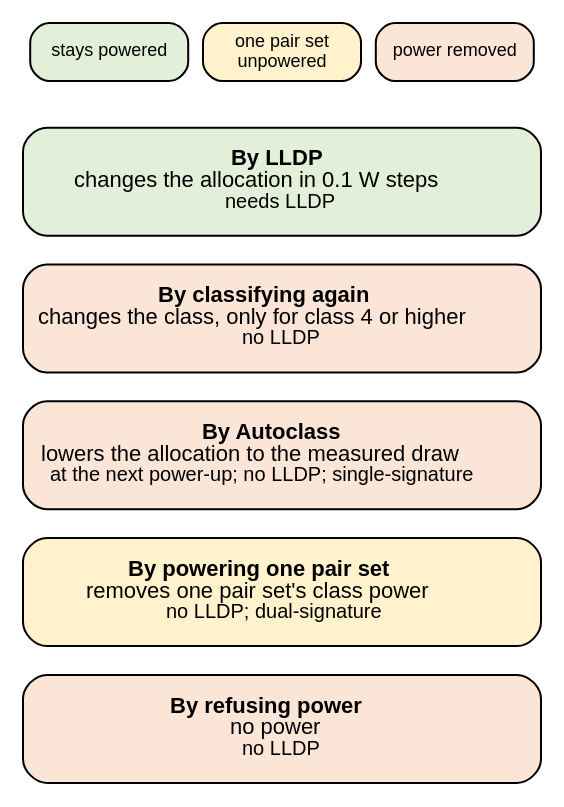
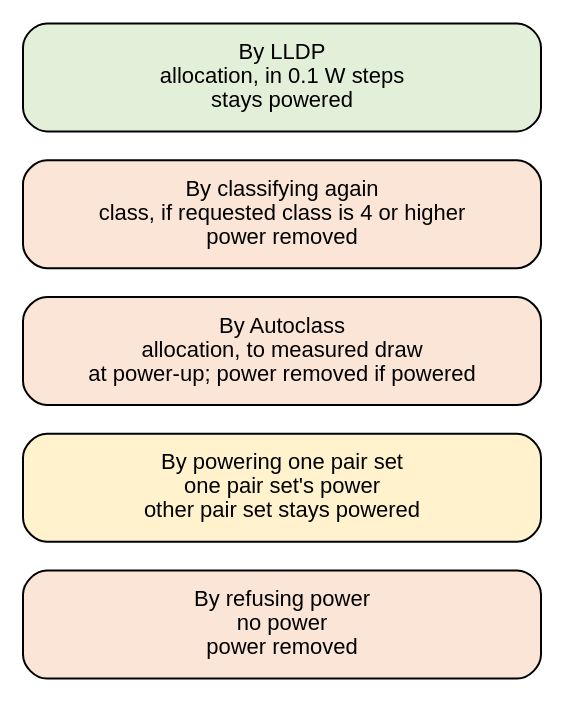
One commit to mithro/evampire changed the diagram in docs/power/poe/allocation-ways.dot. Above: the diagram before and after it, drawn with Graphviz. The commit also changed 1 other file, not shown here.

Commit message:
Correct the Autoclass entry and shorten the allocation-ways figure
Physical Layer Autoclass acts at power-up and the LLDP request keeps the
device powered. The figure now uses plain centred labels with a few
words per box. The one-pair-set paragraph cites 145.3.2, and the Type 1
sentence no longer reads as a duty to refuse.

```diff
--- a/docs/power/poe/allocation-ways.dot
+++ b/docs/power/poe/allocation-ways.dot
@@ -1,35 +1,28 @@
 // The five ways a power sourcing equipment port changes the power of a
-// powered device: what each changes, whether it removes the power, and
-// whether it needs LLDP. One box per way, stacked so that the figure stays
-// narrow enough to read on a phone, with a colour key at the top.
+// powered device: the way, what it changes, and whether the device stays
+// powered. One box per way, stacked so that the figure stays narrow enough
+// to read on a phone. Plain labels keep the three lines of each box
+// centred. The fill colour repeats the last line.
 //
 // Fill colours: stays powered #e2f0d9, one pair set unpowered #fff2cc,
 // power removed #fbe5d6.
 //
 // SPDX-License-Identifier: Apache-2.0
 
 digraph allocation_ways {
     graph [layout=neato, splines=false, overlap=true, outputorder=nodesfirst,
            fontname="Helvetica"];
     node  [shape=box, style="rounded,filled", fontname="Helvetica",
            fontsize=11, width=3.6, height=0.75, fixedsize=true];
 
-    // Colour key.
-    key_on   [pos="-1.2,0.9!", width=1.1, height=0.4, fontsize=9,
-              label="stays powered", fillcolor="#e2f0d9"];
-    key_half [pos="0.0,0.9!", width=1.1, height=0.4, fontsize=9,
-              label="one pair set\nunpowered", fillcolor="#fff2cc"];
-    key_off  [pos="1.2,0.9!", width=1.1, height=0.4, fontsize=9,
-              label="power removed", fillcolor="#fbe5d6"];
-
-    lldp [pos="0,0!", fillcolor="#e2f0d9",
-          label=<<b>By LLDP</b><br/>changes the allocation in 0.1 W steps<br/><font point-size="10">needs LLDP</font>>];
+    lldp    [pos="0,0!", fillcolor="#e2f0d9",
+             label="By LLDP\nallocation, in 0.1 W steps\nstays powered"];
     reclass [pos="0,-0.95!", fillcolor="#fbe5d6",
-          label=<<b>By classifying again</b><br/>changes the class, only for class 4 or higher<br/><font point-size="10">no LLDP</font>>];
-    auto [pos="0,-1.9!", fillcolor="#fbe5d6",
-          label=<<b>By Autoclass</b><br/>lowers the allocation to the measured draw<br/><font point-size="10">at the next power-up; no LLDP; single-signature</font>>];
-    pair [pos="0,-2.85!", fillcolor="#fff2cc",
-          label=<<b>By powering one pair set</b><br/>removes one pair set's class power<br/><font point-size="10">no LLDP; dual-signature</font>>];
-    refuse [pos="0,-3.8!", fillcolor="#fbe5d6",
-          label=<<b>By refusing power</b><br/>no power<br/><font point-size="10">no LLDP</font>>];
+             label="By classifying again\nclass, if requested class is 4 or higher\npower removed"];
+    auto    [pos="0,-1.9!", fillcolor="#fbe5d6",
+             label="By Autoclass\nallocation, to measured draw\nat power-up; power removed if powered"];
+    pair    [pos="0,-2.85!", fillcolor="#fff2cc",
+             label="By powering one pair set\none pair set's power\nother pair set stays powered"];
+    refuse  [pos="0,-3.8!", fillcolor="#fbe5d6",
+             label="By refusing power\nno power\npower removed"];
 }
```
